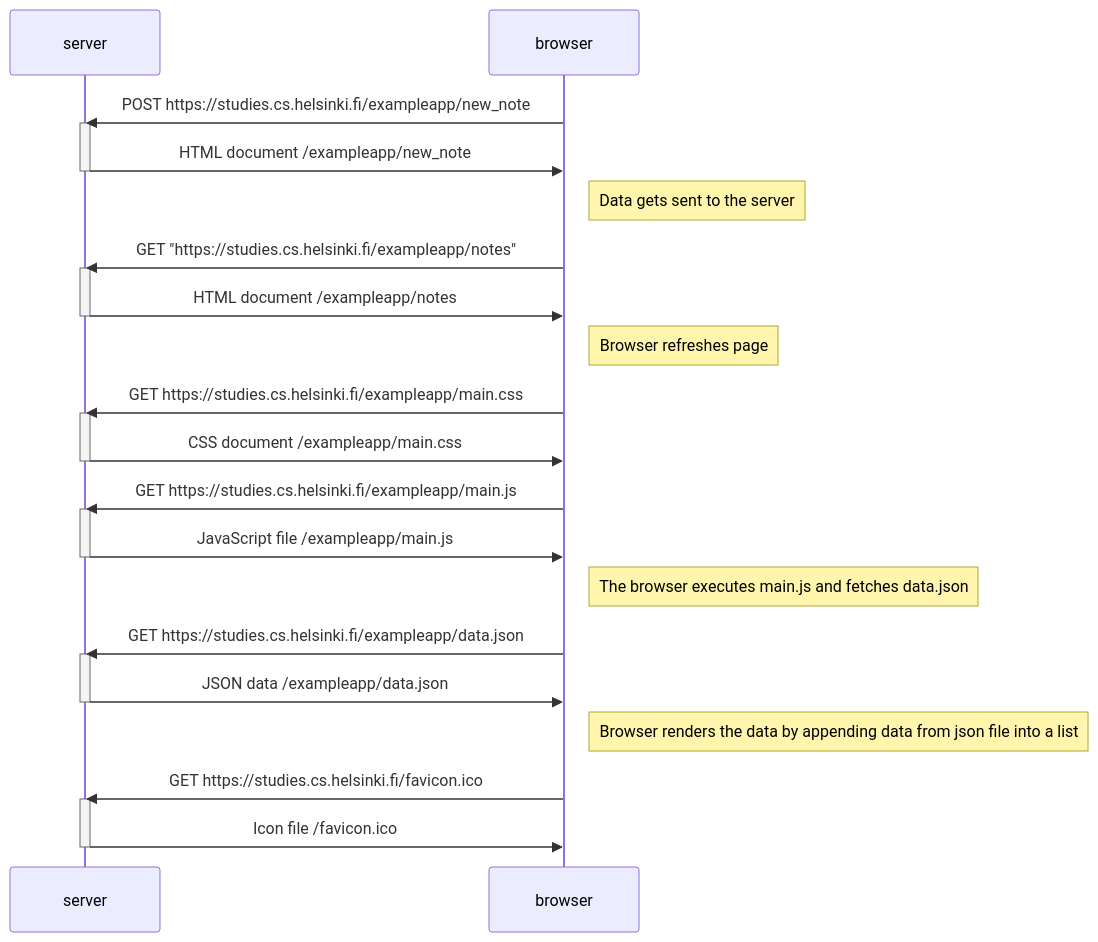
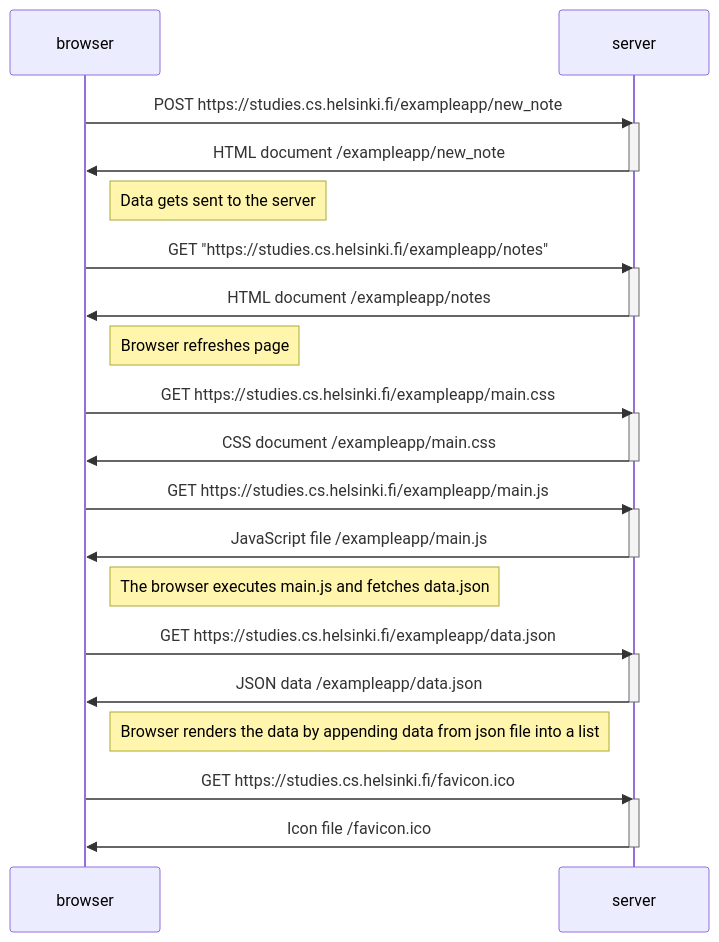
The diagram in Part 0b/exercise0.4.md (Leifdin/Fullstackopen), drawn with Mermaid before and after one commit. The commit also changed other lines of this file, not shown here.

````diff
--- a/Part 0b/exercise0.4.md
+++ b/Part 0b/exercise0.4.md
@@ -1,44 +1,44 @@
 ```mermaid
 sequenceDiagram
 
+    participant browser
     participant server
-    participant browser
 
     browser->>server: POST https://studies.cs.helsinki.fi/exampleapp/new_note
     activate server
     server ->>browser: HTML document /exampleapp/new_note
     deactivate server
 
     Note right of browser: Data gets sent to the server
 
     browser->>server: GET "https://studies.cs.helsinki.fi/exampleapp/notes"
     activate server
     server->>browser: HTML document /exampleapp/notes
     deactivate server
 
     Note right of browser: Browser refreshes page
 
     browser->>server: GET https://studies.cs.helsinki.fi/exampleapp/main.css
     activate server
     server->>browser: CSS document /exampleapp/main.css
     deactivate server
 
     browser->>server: GET https://studies.cs.helsinki.fi/exampleapp/main.js
     activate server
     server->>browser: JavaScript file /exampleapp/main.js
     deactivate server
     
     Note right of browser: The browser executes main.js and fetches data.json
 
     browser->>server: GET https://studies.cs.helsinki.fi/exampleapp/data.json
     activate server
     server->>browser: JSON data /exampleapp/data.json
     deactivate server
 
     Note right of browser: Browser renders the data by appending data from json file into a list
 
     browser->>server: GET https://studies.cs.helsinki.fi/favicon.ico
     activate server
     server->>browser: Icon file /favicon.ico
     deactivate server
 ```
````
